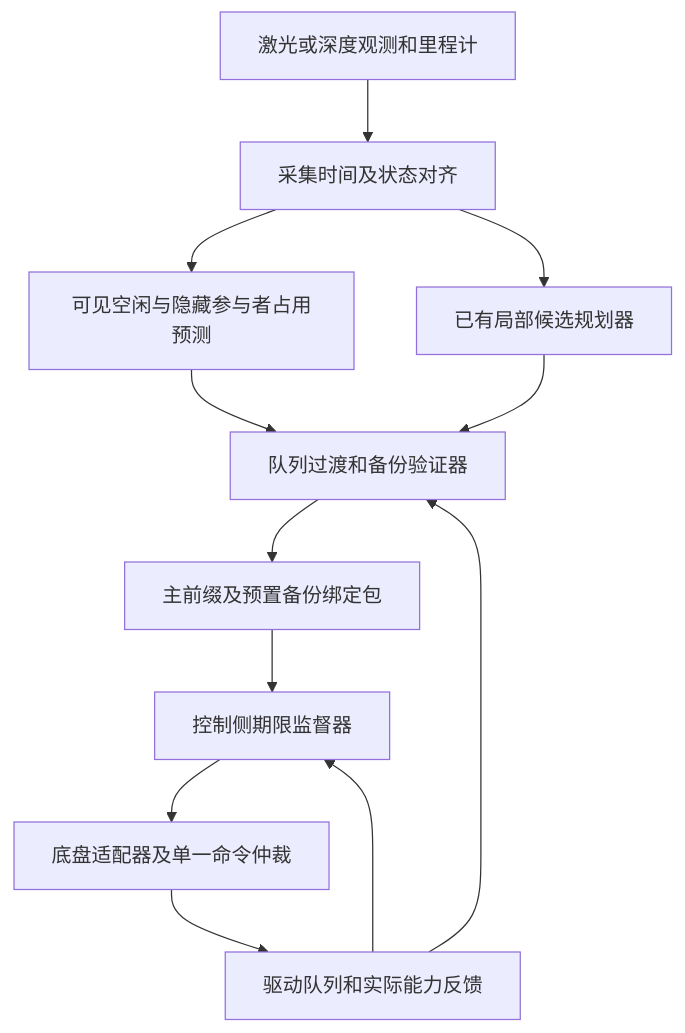
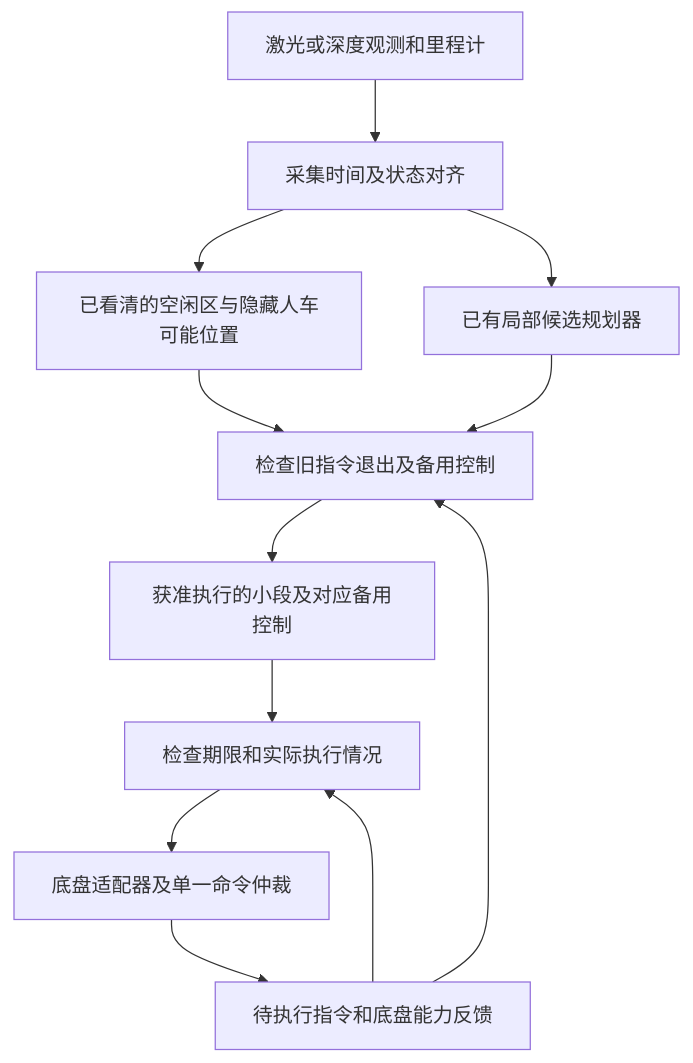
The diagram in patient/导航规划控制/01_patent_a_sources_and_technical_principles_20261015.md (fenwickxie/research-ip-docs), drawn with Mermaid before and after one commit. The commit also changed other lines of this file and 2 other files, not shown here.

````diff
--- a/patient/导航规划控制/01_patent_a_sources_and_technical_principles_20261015.md
+++ b/patient/导航规划控制/01_patent_a_sources_and_technical_principles_20261015.md
@@ -54,14 +84,14 @@
 ```mermaid
 flowchart TD
     Sensors[激光或深度观测和里程计] --> Align[采集时间及状态对齐]
-    Align --> Occupancy[可见空闲与隐藏参与者占用预测]
+    Align --> Occupancy[已看清的空闲区与隐藏人车可能位置]
     Align --> Planner[已有局部候选规划器]
-    Driver[驱动队列和实际能力反馈] --> Validator[队列过渡和备份验证器]
+    Driver[待执行指令和底盘能力反馈] --> Validator[检查旧指令退出及备用控制]
     Occupancy --> Validator
     Planner --> Validator
-    Validator --> Bundle[主前缀及预置备份绑定包]
-    Bundle --> Supervisor[控制侧期限监督器]
+    Validator --> Bundle[获准执行的小段及对应备用控制]
+    Bundle --> Supervisor[检查期限和实际执行情况]
     Driver --> Supervisor
     Supervisor --> Adapter[底盘适配器及单一命令仲裁]
     Adapter --> Driver
 ```
````
